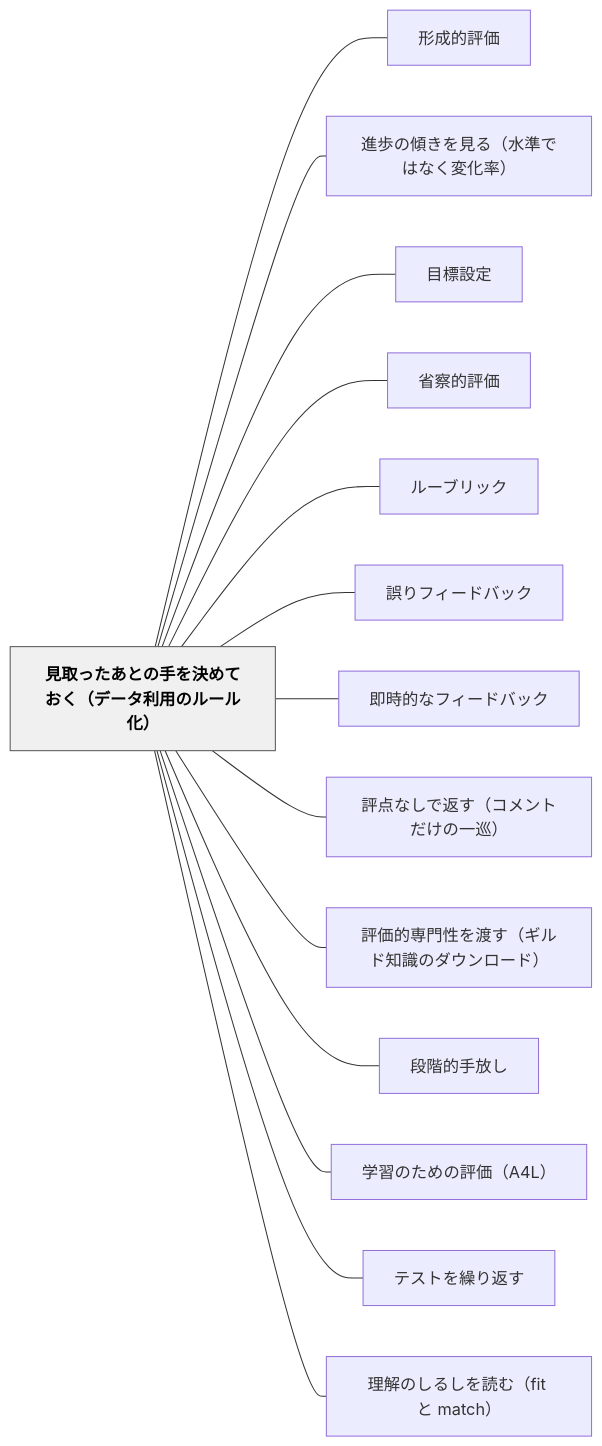
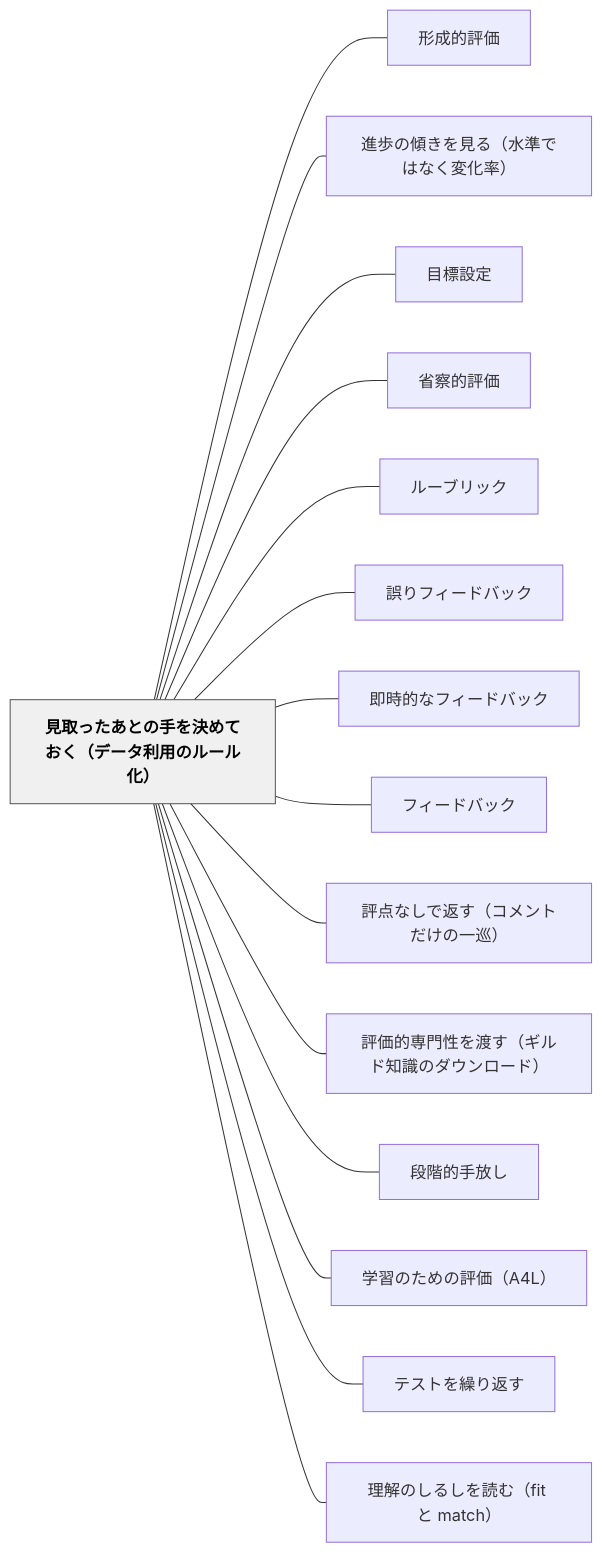
The diagram in content/パタン/見取ったあとの手を決めておく（データ利用のルール化）.md (unknownthings-ed-patterns/unknownthings-ed-patterns), drawn with Mermaid before and after one commit. The commit also changed other lines of this file and 1 other file, not shown here.

Commit message:
auto: Obsidianから同期 2026-08-03 14:00

````diff
--- a/content/パタン/見取ったあとの手を決めておく（データ利用のルール化）.md
+++ b/content/パタン/見取ったあとの手を決めておく（データ利用のルール化）.md
@@ -175,34 +176,36 @@
 ```mermaid
 flowchart LR
     ne8a68be58f96e381a3e3819fe38182e381a8e381aee6898be38292e6b1bae38281e381a6e3818ae3818fefbc88e38387e383bce382bfe588a9e794a8e381aee383abe383bce383abe58c96efbc89["見取ったあとの手を決めておく（データ利用のルール化）"]
     ne5bda2e68890e79a84e8a995e4bea1["形成的評価"]
     ne980b2e6ada9e381aee582bee3818de38292e8a68be3828befbc88e6b0b4e6ba96e381a7e381afe381aae3818fe5a489e58c96e78e87efbc89["進歩の傾きを見る（水準ではなく変化率）"]
     ne79baee6a899e8a8ade5ae9a["目標設定"]
     ne79c81e5af9fe79a84e8a995e4bea1["省察的評価"]
     ne383abe383bce38396e383aae38383e382af["ルーブリック"]
     ne8aaa4e3828ae38395e382a3e383bce38389e38390e38383e382af["誤りフィードバック"]
     ne58db3e69982e79a84e381aae38395e382a3e383bce38389e38390e38383e382af["即時的なフィードバック"]
+    ne38395e382a3e383bce38389e38390e38383e382af["フィードバック"]
     ne8a995e782b9e381aae38197e381a7e8bf94e38199efbc88e382b3e383a1e383b3e38388e381a0e38191e381aee4b880e5b7a1efbc89["評点なしで返す（コメントだけの一巡）"]
     ne8a995e4bea1e79a84e5b082e99680e680a7e38292e6b8a1e38199efbc88e382aee383abe38389e79fa5e8ad98e381aee38380e382a6e383b3e383ade383bce38389efbc89["評価的専門性を渡す（ギルド知識のダウンロード）"]
     ne6aeb5e99a8ee79a84e6898be694bee38197["段階的手放し"]
     ne5ada6e7bf92e381aee3819fe38281e381aee8a995e4bea1efbc8841344cefbc89["学習のための評価（A4L）"]
     ne38386e382b9e38388e38292e7b9b0e3828ae8bf94e38199["テストを繰り返す"]
     ne79086e8a7a3e381aee38197e3828be38197e38292e8aaade38280efbc8866697420e381a8206d61746368efbc89["理解のしるしを読む（fit と match）"]
 
     ne8a68be58f96e381a3e3819fe38182e381a8e381aee6898be38292e6b1bae38281e381a6e3818ae3818fefbc88e38387e383bce382bfe588a9e794a8e381aee383abe383bce383abe58c96efbc89 --- ne5bda2e68890e79a84e8a995e4bea1
     ne8a68be58f96e381a3e3819fe38182e381a8e381aee6898be38292e6b1bae38281e381a6e3818ae3818fefbc88e38387e383bce382bfe588a9e794a8e381aee383abe383bce383abe58c96efbc89 --- ne980b2e6ada9e381aee582bee3818de38292e8a68be3828befbc88e6b0b4e6ba96e381a7e381afe381aae3818fe5a489e58c96e78e87efbc89
     ne8a68be58f96e381a3e3819fe38182e381a8e381aee6898be38292e6b1bae38281e381a6e3818ae3818fefbc88e38387e383bce382bfe588a9e794a8e381aee383abe383bce383abe58c96efbc89 --- ne79baee6a899e8a8ade5ae9a
     ne8a68be58f96e381a3e3819fe38182e381a8e381aee6898be38292e6b1bae38281e381a6e3818ae3818fefbc88e38387e383bce382bfe588a9e794a8e381aee383abe383bce383abe58c96efbc89 --- ne79c81e5af9fe79a84e8a995e4bea1
     ne8a68be58f96e381a3e3819fe38182e381a8e381aee6898be38292e6b1bae38281e381a6e3818ae3818fefbc88e38387e383bce382bfe588a9e794a8e381aee383abe383bce383abe58c96efbc89 --- ne383abe383bce38396e383aae38383e382af
     ne8a68be58f96e381a3e3819fe38182e381a8e381aee6898be38292e6b1bae38281e381a6e3818ae3818fefbc88e38387e383bce382bfe588a9e794a8e381aee383abe383bce383abe58c96efbc89 --- ne8aaa4e3828ae38395e382a3e383bce38389e38390e38383e382af
     ne8a68be58f96e381a3e3819fe38182e381a8e381aee6898be38292e6b1bae38281e381a6e3818ae3818fefbc88e38387e383bce382bfe588a9e794a8e381aee383abe383bce383abe58c96efbc89 --- ne58db3e69982e79a84e381aae38395e382a3e383bce38389e38390e38383e382af
+    ne8a68be58f96e381a3e3819fe38182e381a8e381aee6898be38292e6b1bae38281e381a6e3818ae3818fefbc88e38387e383bce382bfe588a9e794a8e381aee383abe383bce383abe58c96efbc89 --- ne38395e382a3e383bce38389e38390e38383e382af
     ne8a68be58f96e381a3e3819fe38182e381a8e381aee6898be38292e6b1bae38281e381a6e3818ae3818fefbc88e38387e383bce382bfe588a9e794a8e381aee383abe383bce383abe58c96efbc89 --- ne8a995e782b9e381aae38197e381a7e8bf94e38199efbc88e382b3e383a1e383b3e38388e381a0e38191e381aee4b880e5b7a1efbc89
     ne8a68be58f96e381a3e3819fe38182e381a8e381aee6898be38292e6b1bae38281e381a6e3818ae3818fefbc88e38387e383bce382bfe588a9e794a8e381aee383abe383bce383abe58c96efbc89 --- ne8a995e4bea1e79a84e5b082e99680e680a7e38292e6b8a1e38199efbc88e382aee383abe38389e79fa5e8ad98e381aee38380e382a6e383b3e383ade383bce38389efbc89
     ne8a68be58f96e381a3e3819fe38182e381a8e381aee6898be38292e6b1bae38281e381a6e3818ae3818fefbc88e38387e383bce382bfe588a9e794a8e381aee383abe383bce383abe58c96efbc89 --- ne6aeb5e99a8ee79a84e6898be694bee38197
     ne8a68be58f96e381a3e3819fe38182e381a8e381aee6898be38292e6b1bae38281e381a6e3818ae3818fefbc88e38387e383bce382bfe588a9e794a8e381aee383abe383bce383abe58c96efbc89 --- ne5ada6e7bf92e381aee3819fe38281e381aee8a995e4bea1efbc8841344cefbc89
     ne8a68be58f96e381a3e3819fe38182e381a8e381aee6898be38292e6b1bae38281e381a6e3818ae3818fefbc88e38387e383bce382bfe588a9e794a8e381aee383abe383bce383abe58c96efbc89 --- ne38386e382b9e38388e38292e7b9b0e3828ae8bf94e38199
     ne8a68be58f96e381a3e3819fe38182e381a8e381aee6898be38292e6b1bae38281e381a6e3818ae3818fefbc88e38387e383bce382bfe588a9e794a8e381aee383abe383bce383abe58c96efbc89 --- ne79086e8a7a3e381aee38197e3828be38197e38292e8aaade38280efbc8866697420e381a8206d61746368efbc89
 
     classDef hub fill:#f0f0f0,stroke:#555,color:#000,font-weight:bold
     class ne8a68be58f96e381a3e3819fe38182e381a8e381aee6898be38292e6b1bae38281e381a6e3818ae3818fefbc88e38387e383bce382bfe588a9e794a8e381aee383abe383bce383abe58c96efbc89 hub
 ```
````
